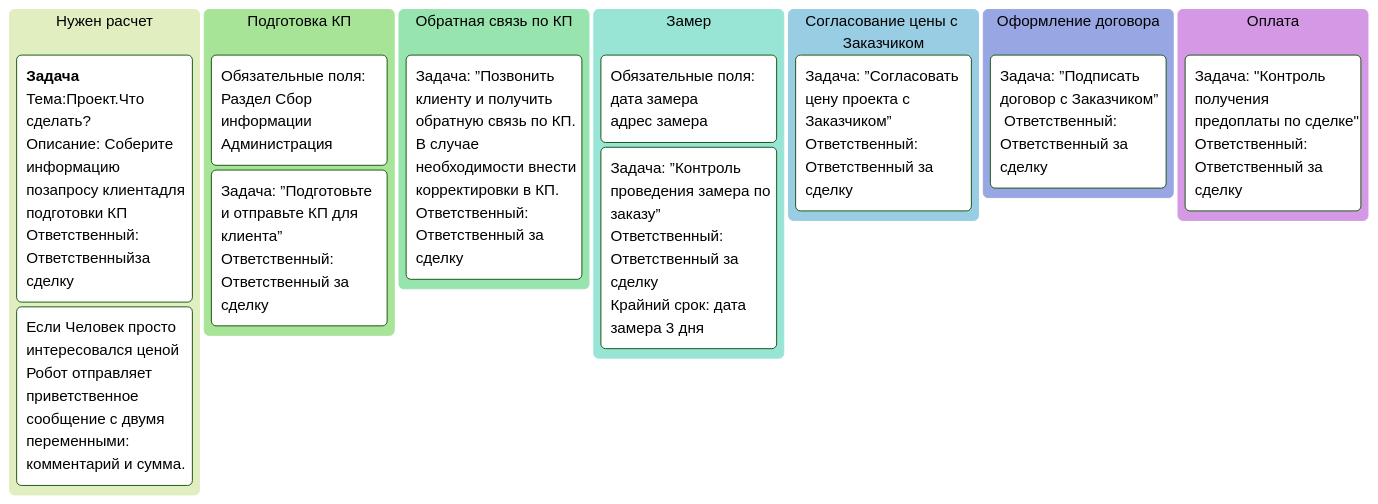
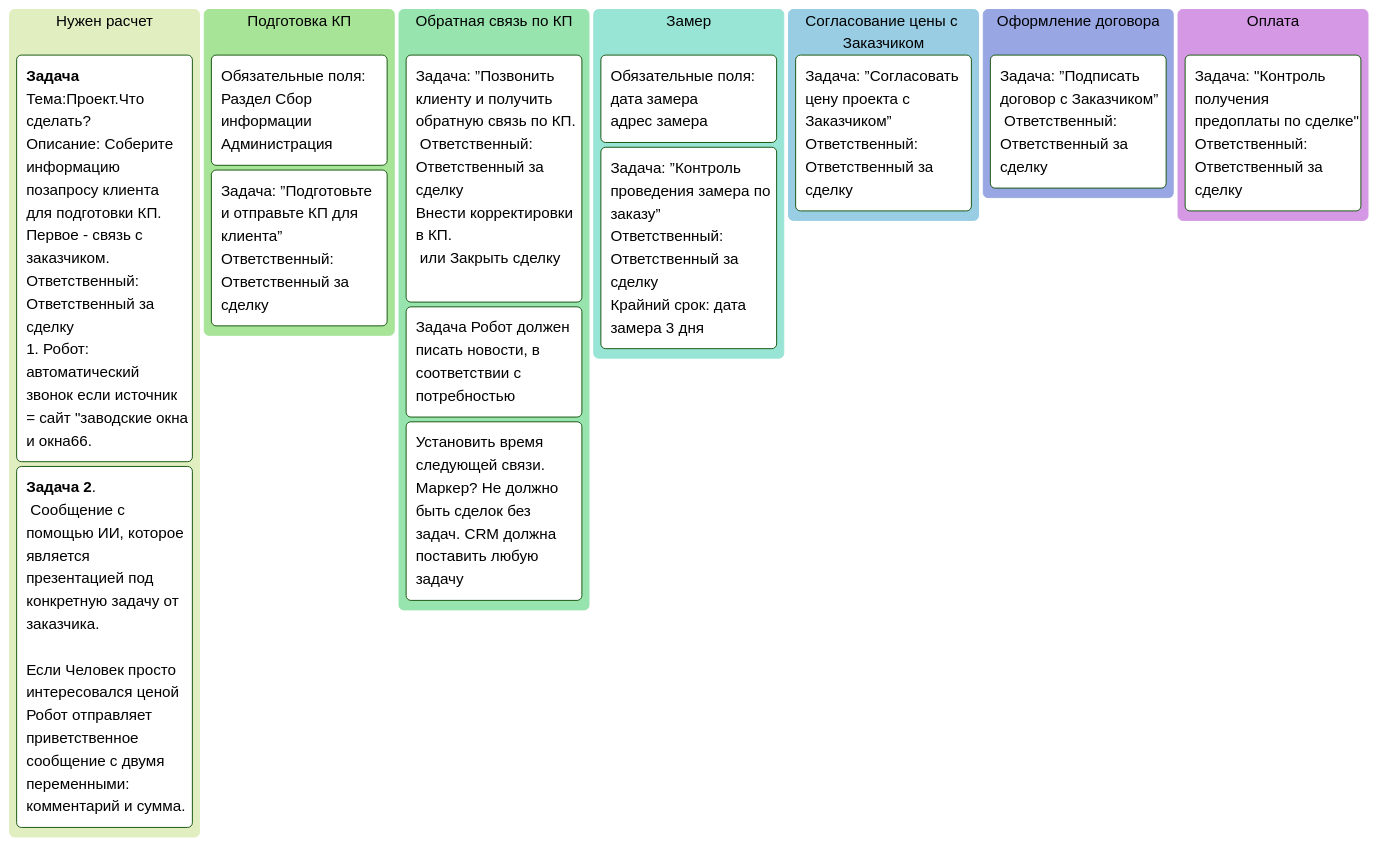
Before and after one commit to NazarovKI/knowledge: the second of 3 diagrams in content/processing.md, drawn with Mermaid (forest theme). The commit also changed other lines of this file, not shown here.

````diff
--- a/content/processing.md
+++ b/content/processing.md
@@ -37,21 +44,23 @@
 ```mermaid
 kanban
   column1[Нужен расчет]
-    task1[**Задача**<br>Тема:Проект.Что сделать?<br>Описание: Соберите информацию позапросу клиентадля подготовки КП <br>Ответственный: Ответственныйза сделку]
-    task2[Если Человек просто интересовался ценой Робот отправляет приветственное сообщение с двумя переменными: комментарий и сумма. ]
-  column2[Подготовка КП]
+    task1[**Задача**<br>Тема:Проект.Что сделать?<br>Описание: Соберите информацию позапросу клиента для подготовки КП.<br>Первое - связь с заказчиком.<br>Ответственный: Ответственный за сделку<br>1. Робот: автоматический звонок если источник = сайт "заводские окна и окна66.]
+    task2[**Задача 2**.<br> Сообщение с помощью ИИ, которое является презентацией под конкретную задачу от заказчика.<br>
+    Если Человек просто интересовался ценой Робот отправляет приветственное сообщение с двумя переменными: комментарий и сумма.]
+  column2[Подготовка КП] 
     task1[Обязательные поля:<br>Раздел Сбор информации<br>Администрация]
     task2[Задача: ”Подготовьте и отправьте КП для клиента” Ответственный: Ответственный за сделку]
   column3[Обратная связь по КП]
-    task1[Задача: ”Позвонить клиенту и получить обратную связь по КП. В случае необходимости внести
-корректировки в КП. Ответственный: Ответственный за сделку]
+    task1[Задача: ”Позвонить клиенту и получить обратную связь по КП.<br> Ответственный: Ответственный за сделку<br>Внести корректировки в КП. <br> или Закрыть сделку <br> ]
+    task2[Задача Робот должен писать новости, в соответствии с потребностью]
+    task3[Установить время следующей связи. Маркер? Не должно быть сделок без задач. CRM должна поставить любую задачу]
   column4[Замер]
     task1[Обязательные поля: <br>дата замера <br>адрес замера]
     task2[Задача: ”Контроль проведения замера по заказу”<br>Ответственный: Ответственный за сделку<br>Крайний срок: дата замера 3 дня]
   column 5[Согласование цены с Заказчиком]
     task1[Задача: ”Согласовать цену проекта с Заказчиком”<br>Ответственный: Ответственный за сделку]
   column6[Оформление договора]
     task1[Задача: ”Подписать договор с Заказчиком”<br> Ответственный: Ответственный за сделку]
   column7[Оплата]
     task1[Задача: "Контроль получения предоплаты по сделке"<br>Ответственный: Ответственный за сделку]
 ```
````
